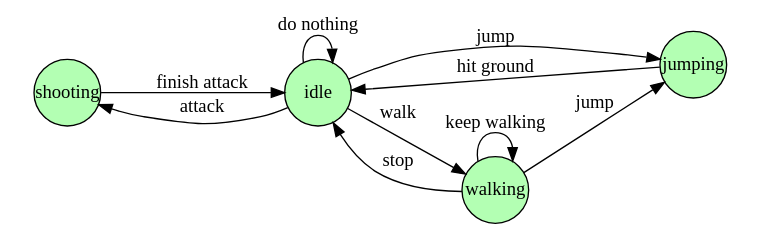
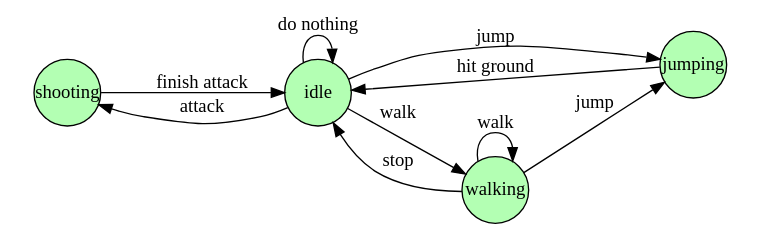
Before and after one commit to iagoleal/iagoleal.github.io: the first of 2 diagrams in content/posts/dynamic-programming.md, drawn with Graphviz. The commit also changed other lines of this file and 4 other files, not shown here.

````diff
--- a/content/posts/dynamic-programming.md
+++ b/content/posts/dynamic-programming.md
@@ -91,33 +92,33 @@
 ```dot
 digraph "Plataformer State Machine" {
   rankdir=LR;
   size="8,5"
 
   node [shape     = circle
         style     = "solid,filled"
         width     = 0.7
         color     = black
         fixedsize = shape
         fillcolor = "#B3FFB3"];
 
   A [label = "shooting"];
   J [label = "jumping"];
   W [label = "walking"];
   I [label = "idle"];
 
   I -> I [label = "do nothing"];
-  W -> W [label = "keep walking"];
+  W -> W [label = "walk"];
 
   I -> A [label = "attack"];
   A -> I [label = "finish attack"];
 
   I -> W [label = "walk"];
 
   J -> I [label = "hit ground"];
 
   W -> I [label = "stop"];
 
   W -> J [label = "jump"];
   I -> J [label = "jump"];
 }
 ```
````
